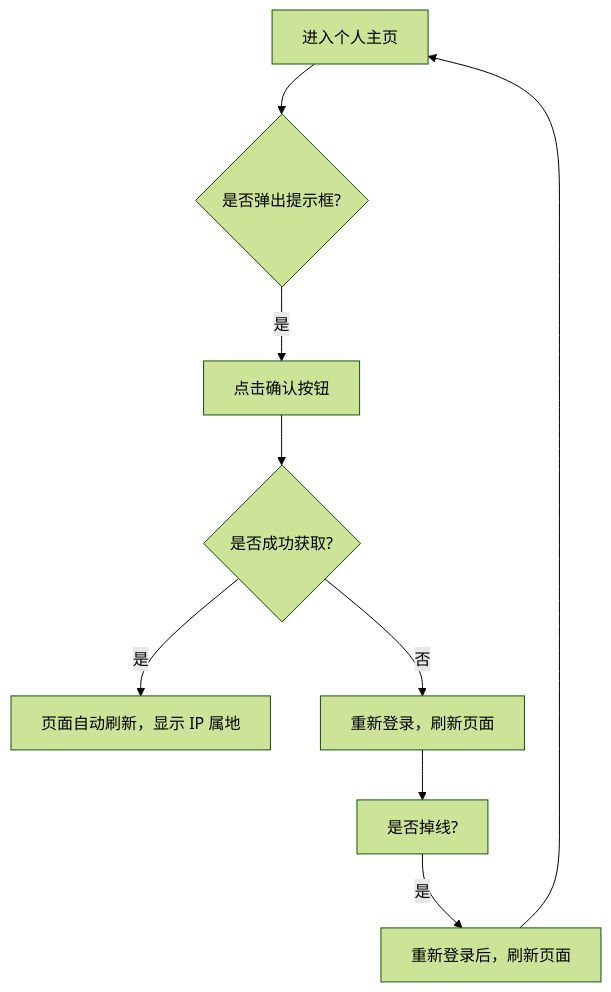
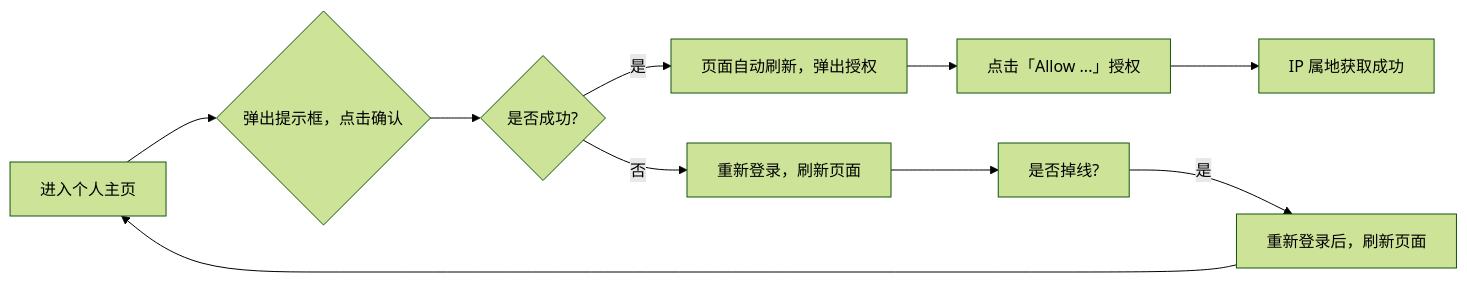
Before and after one commit to maxchang3/userscripts: the diagram in BiliSpaceIPLocator/README.md, drawn with Mermaid (forest theme). The commit also changed other lines of this file, not shown here.

````diff
--- a/BiliSpaceIPLocator/README.md
+++ b/BiliSpaceIPLocator/README.md
@@ -25,10 +37,11 @@
 ```mermaid
-graph TD
-    A[进入个人主页] --> B{是否弹出提示框?}
-    B -- 是 --> C[点击确认按钮]
-    C --> D{是否成功获取?}
-    D -- 是 --> E[页面自动刷新，显示 IP 属地]
+graph LR
+    A[进入个人主页] --> B{弹出提示框，点击确认}
+    B --> D{是否成功?}
+    D -- 是 --> E[页面自动刷新，弹出授权]
     D -- 否 --> F[重新登录，刷新页面]
     F --> G[是否掉线?]
-    G -- 是 --> H[重新登录后，刷新页面] -->A
+    G -- 是 --> H[重新登录后，刷新页面] --> A
+    E --> K[点击「Allow ...」授权]
+    K --> J[IP 属地获取成功]
 ```
````
